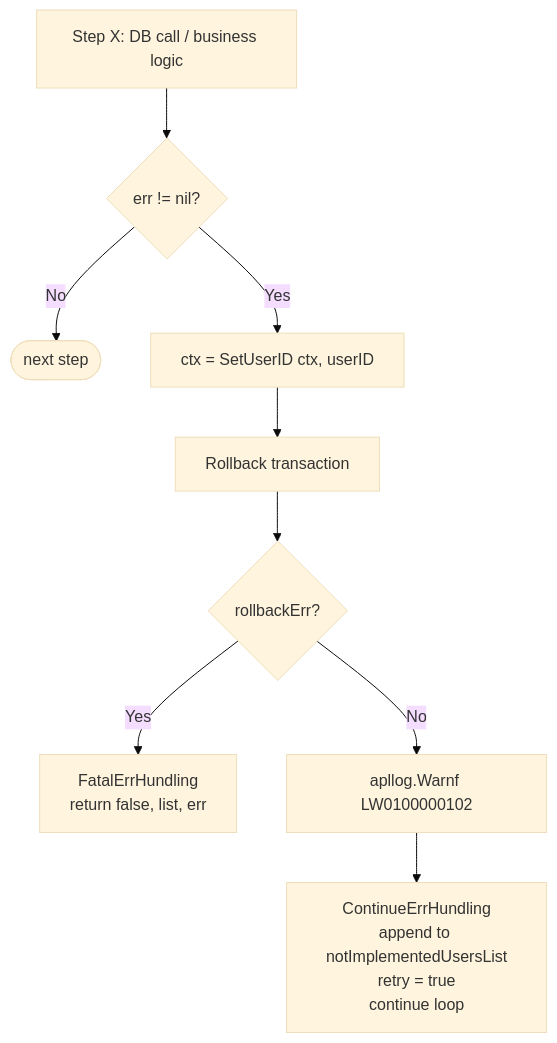
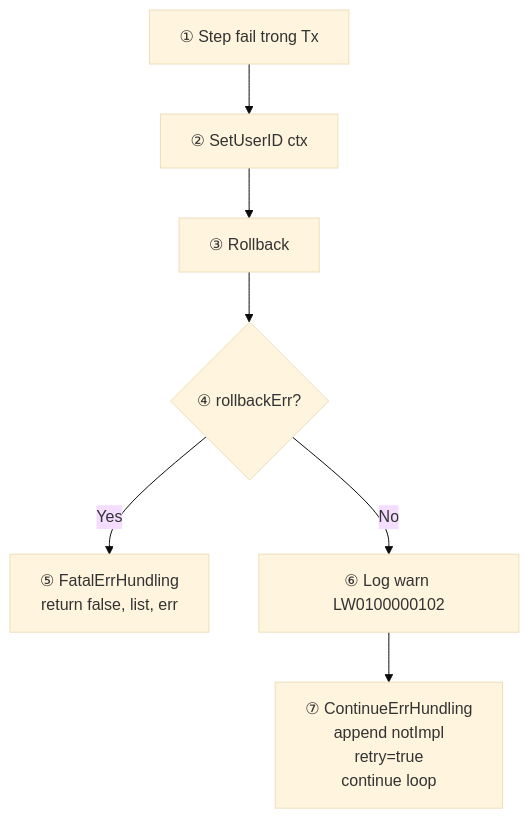
Before and after one commit to tungvv318/git-talk: the seventh of 8 diagrams in README.md, drawn with Mermaid (base theme). The commit also changed other lines of this file, not shown here.

````diff
--- a/README.md
+++ b/README.md
@@ -201,11 +257,9 @@
 ```mermaid
 flowchart TD
-    Step[Step X: DB call / business logic] --> ChkErr{err != nil?}
-    ChkErr -- No --> Next([next step])
-    ChkErr -- Yes --> SetUser[ctx = SetUserID ctx, userID]
-    SetUser --> RB[Rollback transaction]
-    RB --> RBErr{rollbackErr?}
-    RBErr -- Yes --> Fatal[FatalErrHundling<br/>return false, list, err]
-    RBErr -- No --> Warn[apllog.Warnf LW0100000102]
-    Warn --> Continue[ContinueErrHundling<br/>append to notImplementedUsersList<br/>retry = true<br/>continue loop]
+    S[① Step fail trong Tx] --> SE[② SetUserID ctx]
+    SE --> RB[③ Rollback]
+    RB --> RE{④ rollbackErr?}
+    RE -- Yes --> F[⑤ FatalErrHundling<br/>return false, list, err]
+    RE -- No --> W[⑥ Log warn LW0100000102]
+    W --> C[⑦ ContinueErrHundling<br/>append notImpl<br/>retry=true<br/>continue loop]
 ```
````
